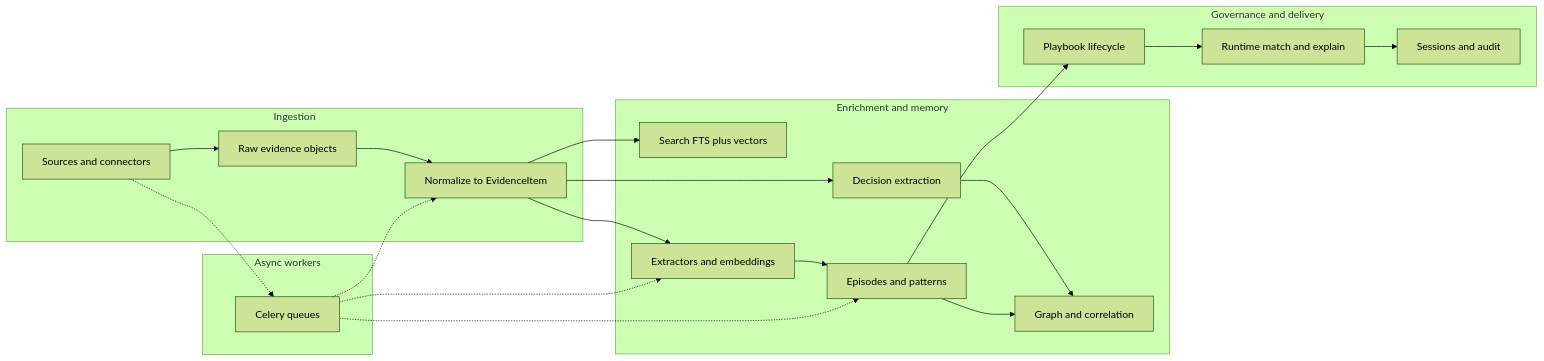
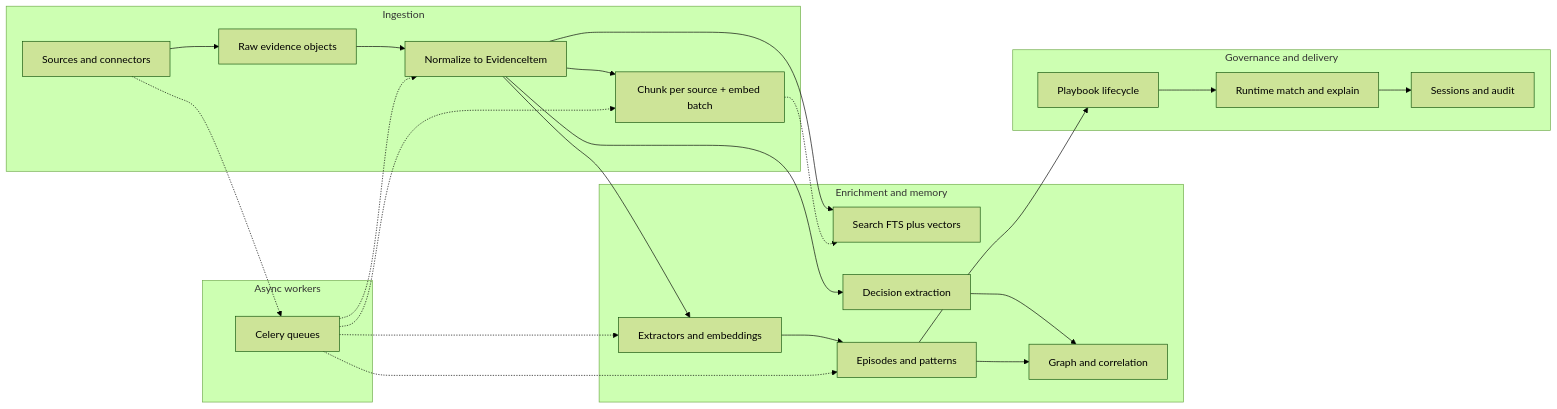
One commit to Valuedx/ContextEdge changed the diagram in codewiki/01-end-to-end-pipeline.md. Above: the diagram before and after it, drawn with Mermaid (forest theme). The commit also changed other lines of this file and 10 other files, not shown here.

````diff
--- a/codewiki/01-end-to-end-pipeline.md
+++ b/codewiki/01-end-to-end-pipeline.md
@@ -51,40 +53,44 @@
 ```mermaid
 flowchart LR
   subgraph ingest[Ingestion]
     SRC[Sources and connectors]
     RAW[Raw evidence objects]
     NORM[Normalize to EvidenceItem]
+    CHK[Chunk per source + embed batch]
     SRC --> RAW --> NORM
+    NORM --> CHK
   end
 
   subgraph enrich[Enrichment and memory]
     SRCH[Search FTS plus vectors]
     AI[Extractors and embeddings]
     DEC[Decision extraction]
     EP[Episodes and patterns]
     GR[Graph and correlation]
     NORM --> SRCH
+    CHK -.-> SRCH
     NORM --> AI
     NORM --> DEC
     AI --> EP
     DEC --> GR
     EP --> GR
   end
 
   subgraph gov[Governance and delivery]
     PB[Playbook lifecycle]
     RT[Runtime match and explain]
     SE[Sessions and audit]
     EP --> PB
     PB --> RT
     RT --> SE
   end
 
   subgraph async[Async workers]
     W[Celery queues]
     SRC -.-> W
     W -.-> NORM
+    W -.-> CHK
     W -.-> AI
     W -.-> EP
   end
 ```
````
